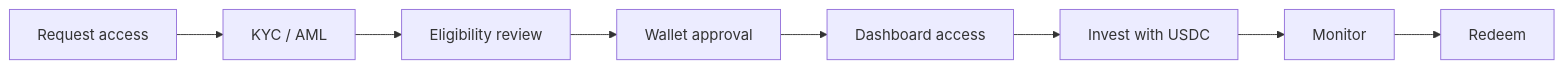
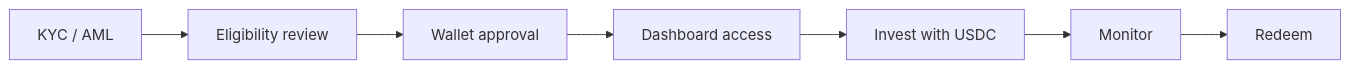
One commit to Coreset-labs/setmos-docs changed the diagram in how-to-invest.mdx. Above: the diagram before and after it, drawn with Mermaid. The commit also changed other lines of this file and 2 other files, not shown here.

Commit message:
Update docs CTA and invest flow

````diff
--- a/how-to-invest.mdx
+++ b/how-to-invest.mdx
@@ -10,10 +10,9 @@
 ```mermaid
 flowchart LR
-  A["Request access"] --> B["KYC / AML"]
-  B --> C["Eligibility review"]
+  B["KYC / AML"] --> C["Eligibility review"]
   C --> D["Wallet approval"]
   D --> E["Dashboard access"]
   E --> F["Invest with USDC"]
   F --> G["Monitor"]
   G --> H["Redeem"]
 ```
````
